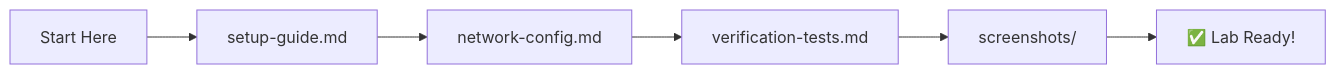
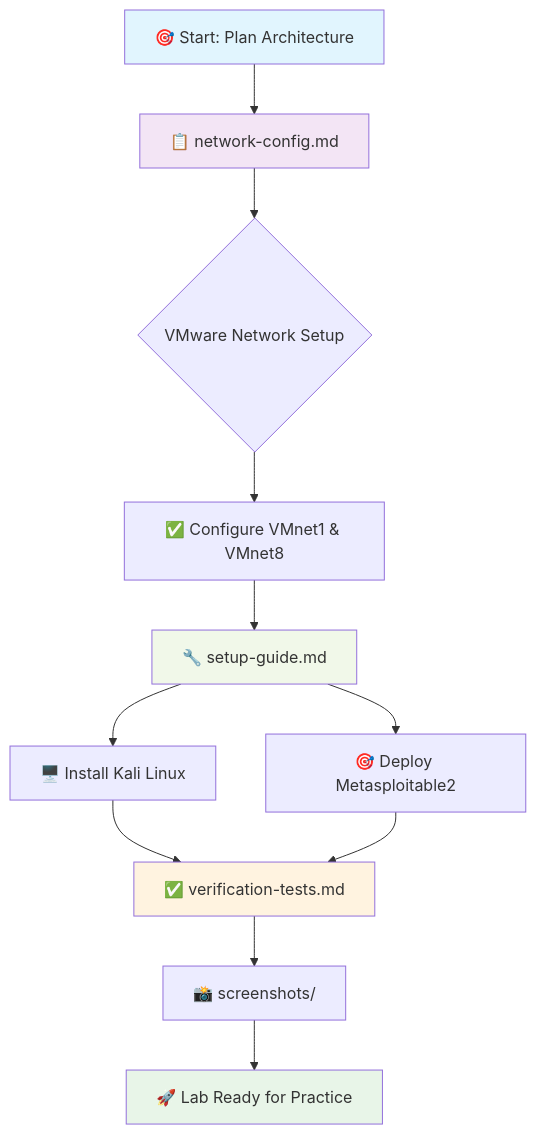
One commit to d3spawn/netrunner changed the diagram in 00-home-lab/offensive-lab/README.md. Above: the diagram before and after it, drawn with Mermaid. The commit also changed other lines of this file, not shown here.

Commit message:
Enhance README with build workflow and updates
Added build workflow section and updated documentation.

````diff
--- a/00-home-lab/offensive-lab/README.md
+++ b/00-home-lab/offensive-lab/README.md
@@ -43,8 +44,19 @@
 ```mermaid
-graph LR
-    A[Start Here] --> B[setup-guide.md]
-    B --> C[network-config.md]
-    C --> D[verification-tests.md]
-    D --> E[screenshots/]
-    E --> F[✅ Lab Ready!]
+graph TD
+    A[🎯 Start: Plan Architecture] --> B[📋 network-config.md]
+    B --> C{VMware Network Setup}
+    C --> D[✅ Configure VMnet1 & VMnet8]
+    D --> E[🔧 setup-guide.md]
+    E --> F[🖥️ Install Kali Linux]
+    E --> G[🎯 Deploy Metasploitable2]
+    F --> H[✅ verification-tests.md]
+    G --> H
+    H --> I[📸 screenshots/]
+    I --> J[🚀 Lab Ready for Practice]
+    
+    style A fill:#e1f5fe
+    style B fill:#f3e5f5
+    style E fill:#f1f8e9
+    style H fill:#fff3e0
+    style J fill:#e8f5e8
 ```
````
